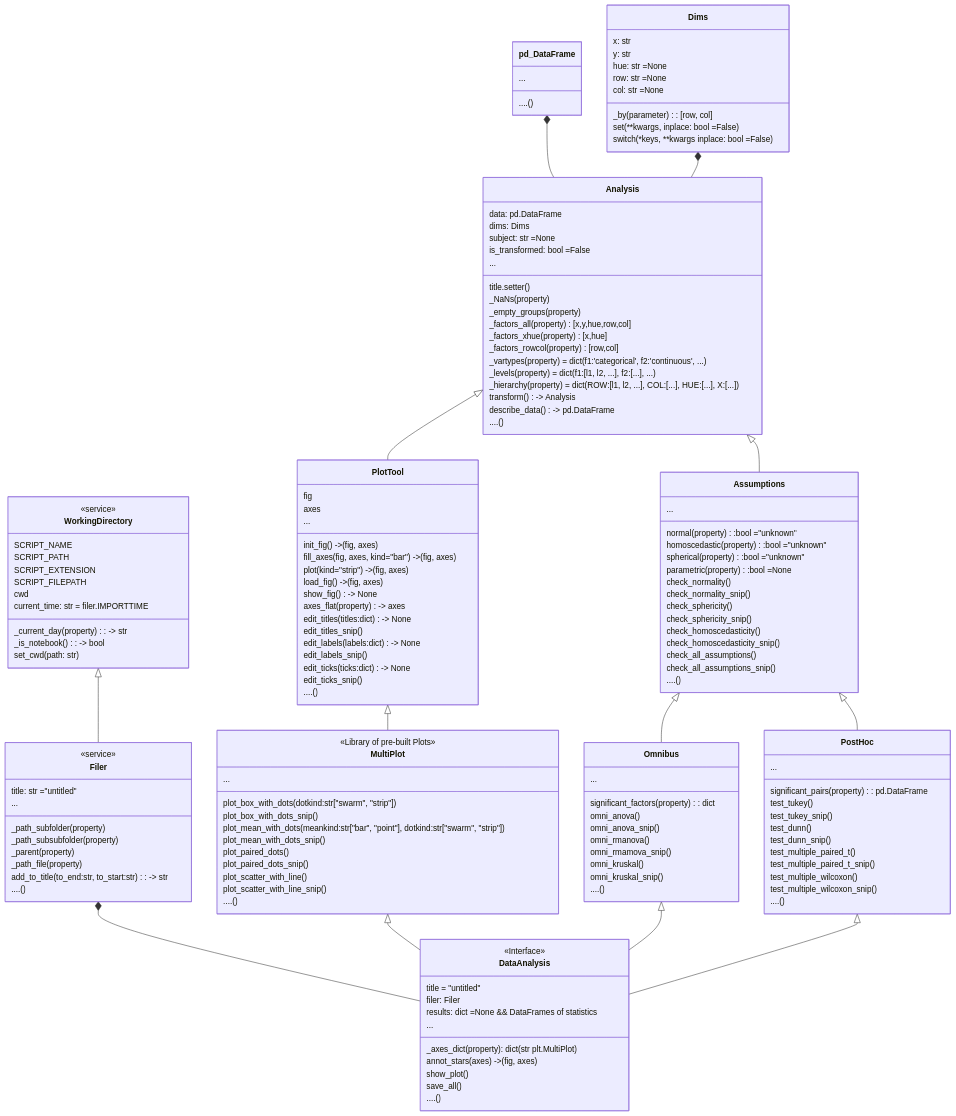
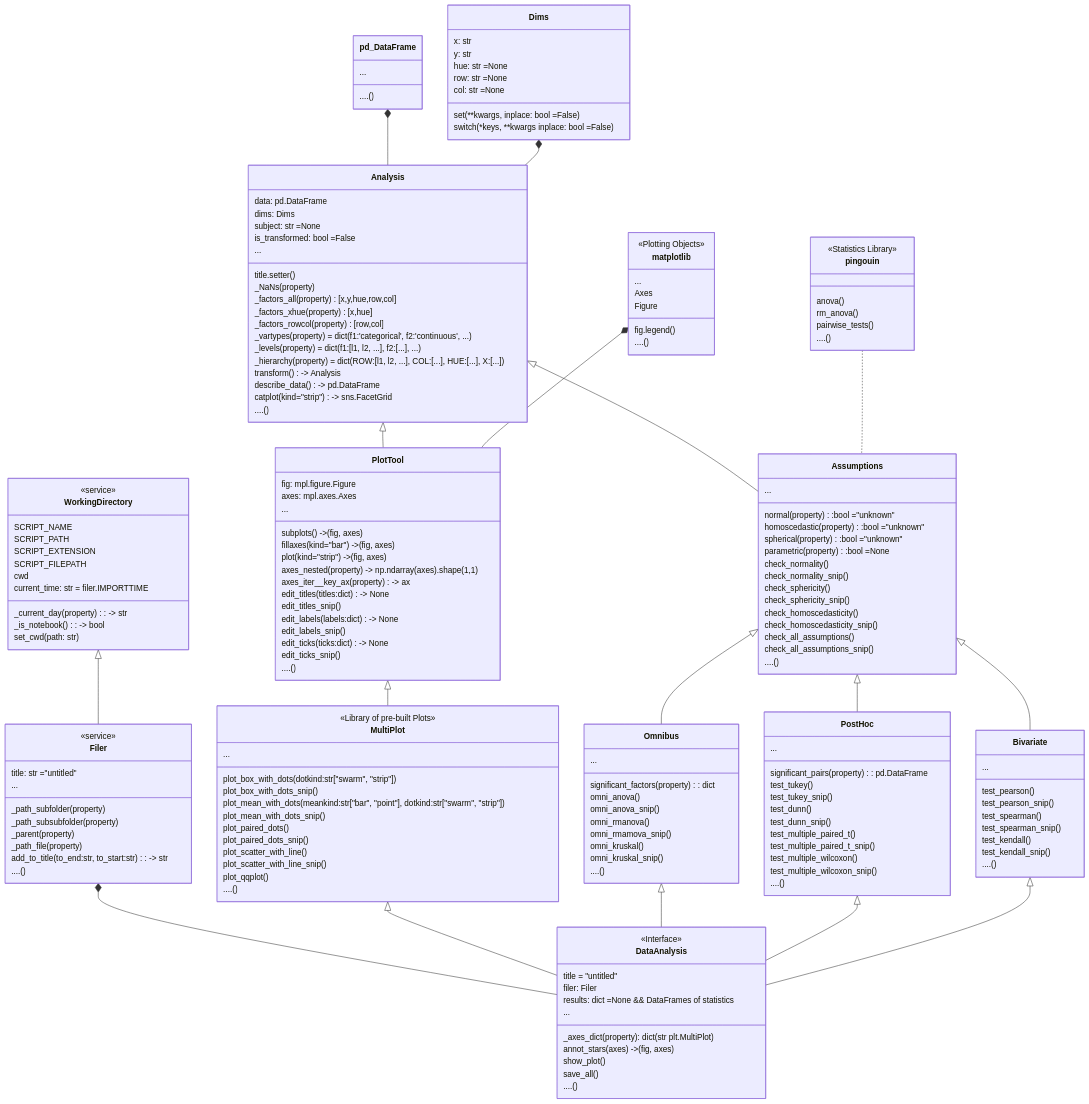
The diagram in README.md (markur4/plotastic), drawn with Mermaid before and after one commit. The commit also changed 1 other file, not shown here.

Commit message:
updates to class diagramm

```diff
--- a/README.md
+++ b/README.md
@@ -83,12 +83,12 @@
       hue: str =None
       row: str =None
       col: str =None
-      _by(parameter): [row, col]
       set(**kwargs, inplace: bool =False)
       switch(*keys, **kwargs inplace: bool =False)
    }
 
    class Analysis {
+
       data: pd.DataFrame
       dims: Dims
 
@@ -97,7 +97,7 @@
       ...
       title.setter()
       _NaNs(property) 
-      _empty_groups(property)
+      %%_empty_groups(property)
       _factors_all(property) [x,y,hue,row,col]
       _factors_xhue(property) [x,hue]
       _factors_rowcol(property) [row,col]
@@ -106,6 +106,7 @@
       _hierarchy(property) = dict(ROW:[l1, l2, ...], COL:[...], HUE:[...], X:[...])
       transform() -> Analysis
       describe_data() -> pd.DataFrame
+      catplot(kind="strip") -> sns.FacetGrid
       ....()
    }
    click Analysis href "https://github.com/markur4/plotastic/blob/main/plotastic/analysis.py" "analysis.py"
@@ -123,6 +124,14 @@
 
 
    %% STATISTICS #......................................................................................
+
+   class pingouin{
+      <<Statistics Library>>
+      anova()
+      rm_anova()
+      pairwise_tests()
+      ....()
+   }
 
 
    class Assumptions{
@@ -166,26 +175,48 @@
       test_multiple_wilcoxon_snip()
       ....()
    }
+   class Bivariate{
+      ...
+      test_pearson()
+      test_pearson_snip()
+      test_spearman()
+      test_spearman_snip()
+      test_kendall()
+      test_kendall_snip()
+      ....()
+   }
 
    Assumptions  <|-- PostHoc
    Assumptions  <|-- Omnibus
+   Assumptions  <|-- Bivariate
+   pingouin .. Assumptions
+
 
 
 
    %% PLOTTING #......................................................................................
 
+
+   class matplotlib{
+      <<Plotting Objects>>
+      ...
+      Axes
+      Figure
+      fig.legend()
+      ....()
+   }
+
    class PlotTool{
-      fig
-      axes
+      fig: mpl.figure.Figure
+      axes: mpl.axes.Axes
       ...
-      init_fig() -> (fig, axes)
-      fill_axes(fig, axes, kind="bar") -> (fig, axes)
+      subplots() -> (fig, axes)
+      fillaxes(kind="bar") -> (fig, axes)
       plot(kind="strip") -> (fig, axes)
 
-      load_fig() -> (fig, axes)
-      show_fig() -> None
 
-      axes_flat(property) -> axes
+      axes_nested(property) -> np.ndarray(axes).shape(1,1)
+      axes_iter__key_ax(property) -> ax
 
       edit_titles(titles:dict) -> None
       edit_titles_snip()
@@ -195,6 +226,10 @@
       edit_ticks_snip()
       ....()
    }
+   
+   matplotlib *-- PlotTool
+
+
    class MultiPlot{
       <<Library of pre-built Plots>>
       ...
@@ -206,6 +241,7 @@
       plot_paired_dots_snip()
       plot_scatter_with_line()
       plot_scatter_with_line_snip()
+      plot_qqplot()
       ....()
    }
 
@@ -233,6 +269,7 @@
    MultiPlot <|-- DataAnalysis
    Omnibus <|-- DataAnalysis
    PostHoc <|-- DataAnalysis
+   Bivariate <|-- DataAnalysis
 
 
 
```
